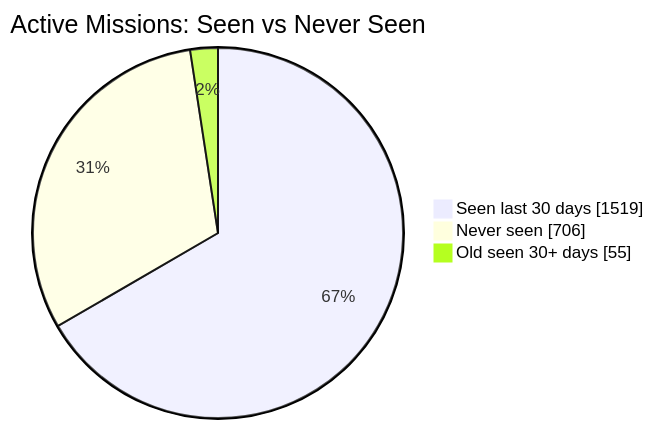
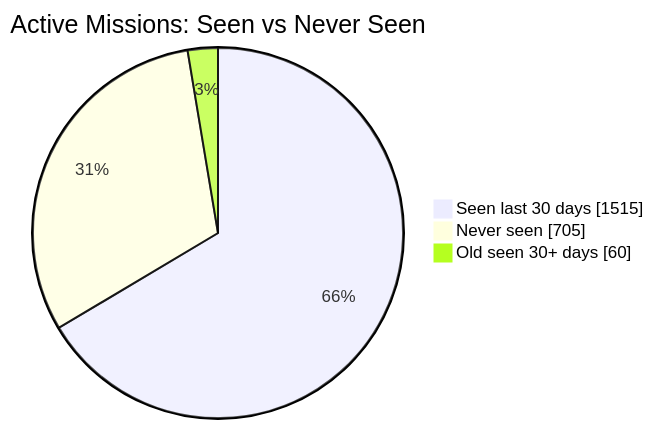
The first of 2 diagrams in README.md (MeldkamerspelGameTeam/active-missions), drawn with Mermaid before and after one commit. The commit also changed other lines of this file and 3 other files, not shown here.

````diff
--- a/README.md
+++ b/README.md
@@ -34,7 +34,7 @@
 ```mermaid
 pie showData
     title Active Missions: Seen vs Never Seen
-    "Seen last 30 days" : 1519
-    "Never seen" : 706
-    "Old seen 30+ days" : 55
+    "Seen last 30 days" : 1515
+    "Never seen" : 705
+    "Old seen 30+ days" : 60
 ```
````
